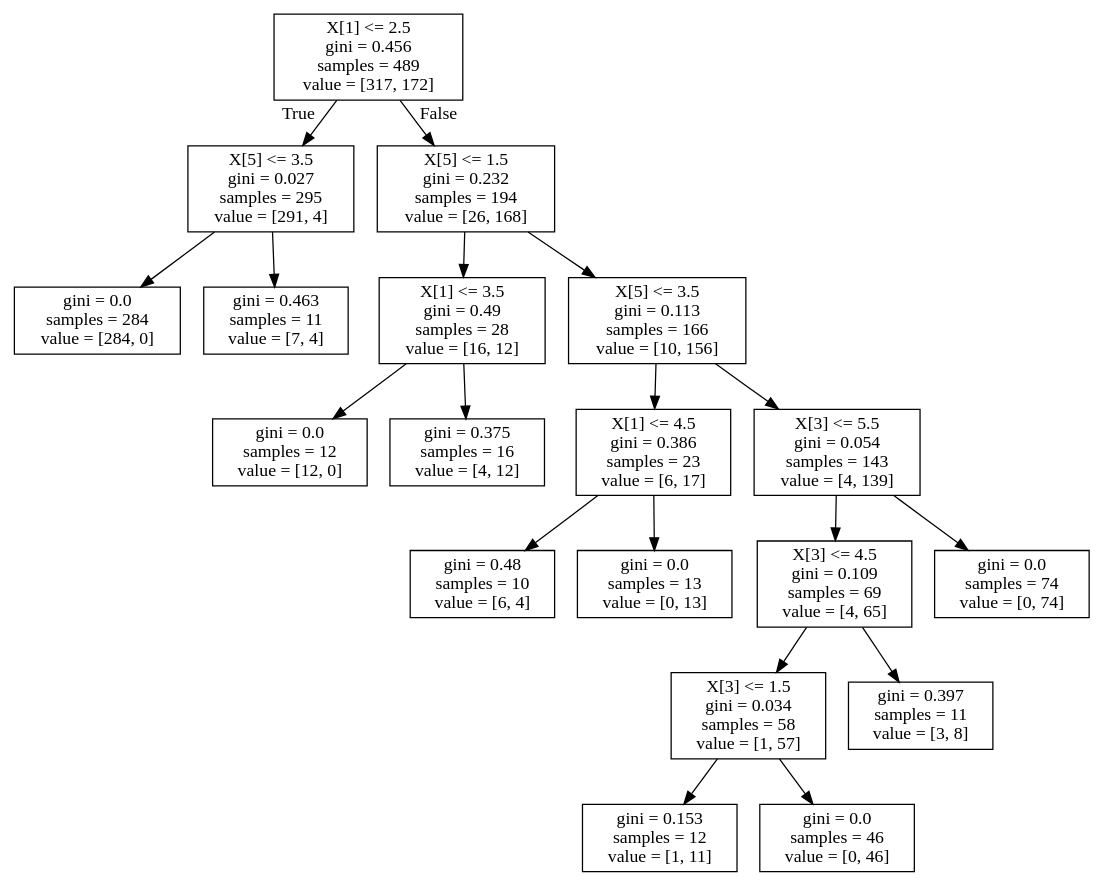
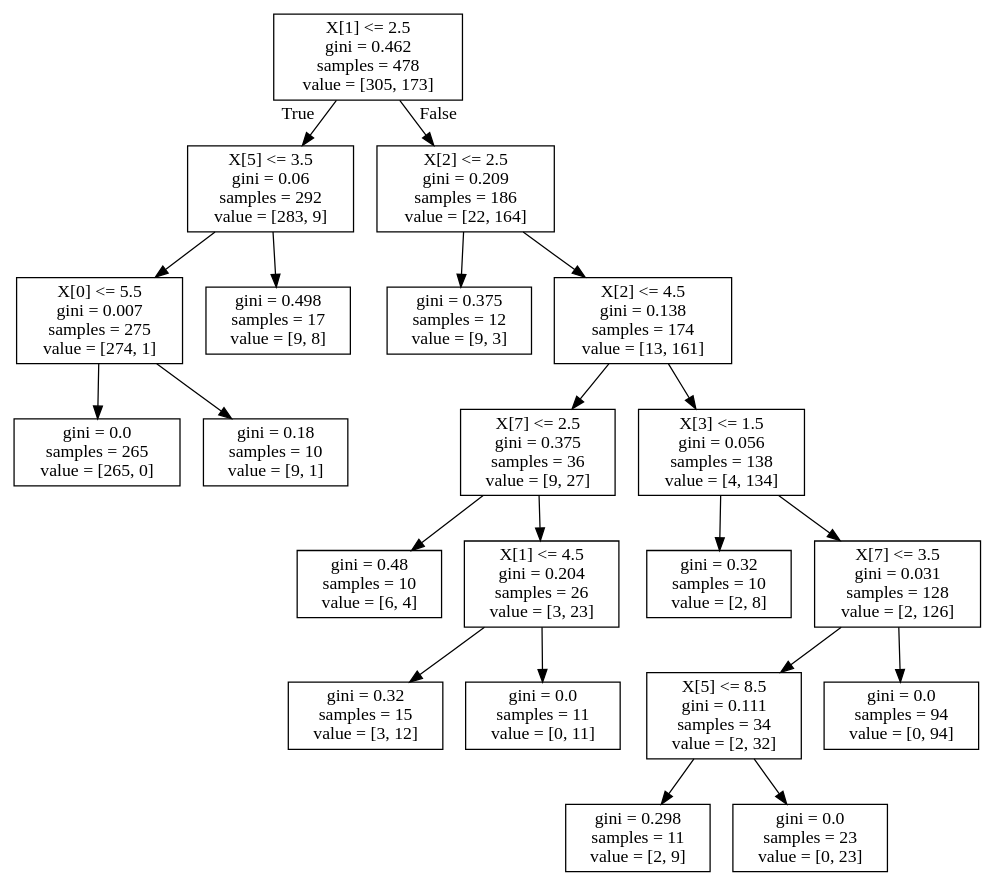
The diagram in src/tree.dot (WVik/data-mining-breast-cancer-prediction), drawn with Graphviz before and after one commit. The commit also changed 8 other files, not shown here.

```diff
--- a/src/tree.dot
+++ b/src/tree.dot
@@ -1,40 +1,44 @@
 digraph Tree {
 node [shape=box] ;
-0 [label="X[1] <= 2.5\ngini = 0.456\nsamples = 489\nvalue = [317, 172]"] ;
-1 [label="X[5] <= 3.5\ngini = 0.027\nsamples = 295\nvalue = [291, 4]"] ;
+0 [label="X[1] <= 2.5\ngini = 0.462\nsamples = 478\nvalue = [305, 173]"] ;
+1 [label="X[5] <= 3.5\ngini = 0.06\nsamples = 292\nvalue = [283, 9]"] ;
 0 -> 1 [labeldistance=2.5, labelangle=45, headlabel="True"] ;
-2 [label="gini = 0.0\nsamples = 284\nvalue = [284, 0]"] ;
+2 [label="X[0] <= 5.5\ngini = 0.007\nsamples = 275\nvalue = [274, 1]"] ;
 1 -> 2 ;
-3 [label="gini = 0.463\nsamples = 11\nvalue = [7, 4]"] ;
-1 -> 3 ;
-4 [label="X[5] <= 1.5\ngini = 0.232\nsamples = 194\nvalue = [26, 168]"] ;
-0 -> 4 [labeldistance=2.5, labelangle=-45, headlabel="False"] ;
-5 [label="X[1] <= 3.5\ngini = 0.49\nsamples = 28\nvalue = [16, 12]"] ;
-4 -> 5 ;
-6 [label="gini = 0.0\nsamples = 12\nvalue = [12, 0]"] ;
-5 -> 6 ;
-7 [label="gini = 0.375\nsamples = 16\nvalue = [4, 12]"] ;
-5 -> 7 ;
-8 [label="X[5] <= 3.5\ngini = 0.113\nsamples = 166\nvalue = [10, 156]"] ;
-4 -> 8 ;
-9 [label="X[1] <= 4.5\ngini = 0.386\nsamples = 23\nvalue = [6, 17]"] ;
+3 [label="gini = 0.0\nsamples = 265\nvalue = [265, 0]"] ;
+2 -> 3 ;
+4 [label="gini = 0.18\nsamples = 10\nvalue = [9, 1]"] ;
+2 -> 4 ;
+5 [label="gini = 0.498\nsamples = 17\nvalue = [9, 8]"] ;
+1 -> 5 ;
+6 [label="X[2] <= 2.5\ngini = 0.209\nsamples = 186\nvalue = [22, 164]"] ;
+0 -> 6 [labeldistance=2.5, labelangle=-45, headlabel="False"] ;
+7 [label="gini = 0.375\nsamples = 12\nvalue = [9, 3]"] ;
+6 -> 7 ;
+8 [label="X[2] <= 4.5\ngini = 0.138\nsamples = 174\nvalue = [13, 161]"] ;
+6 -> 8 ;
+9 [label="X[7] <= 2.5\ngini = 0.375\nsamples = 36\nvalue = [9, 27]"] ;
 8 -> 9 ;
 10 [label="gini = 0.48\nsamples = 10\nvalue = [6, 4]"] ;
 9 -> 10 ;
-11 [label="gini = 0.0\nsamples = 13\nvalue = [0, 13]"] ;
+11 [label="X[1] <= 4.5\ngini = 0.204\nsamples = 26\nvalue = [3, 23]"] ;
 9 -> 11 ;
-12 [label="X[3] <= 5.5\ngini = 0.054\nsamples = 143\nvalue = [4, 139]"] ;
-8 -> 12 ;
-13 [label="X[3] <= 4.5\ngini = 0.109\nsamples = 69\nvalue = [4, 65]"] ;
-12 -> 13 ;
-14 [label="X[3] <= 1.5\ngini = 0.034\nsamples = 58\nvalue = [1, 57]"] ;
-13 -> 14 ;
-15 [label="gini = 0.153\nsamples = 12\nvalue = [1, 11]"] ;
+12 [label="gini = 0.32\nsamples = 15\nvalue = [3, 12]"] ;
+11 -> 12 ;
+13 [label="gini = 0.0\nsamples = 11\nvalue = [0, 11]"] ;
+11 -> 13 ;
+14 [label="X[3] <= 1.5\ngini = 0.056\nsamples = 138\nvalue = [4, 134]"] ;
+8 -> 14 ;
+15 [label="gini = 0.32\nsamples = 10\nvalue = [2, 8]"] ;
 14 -> 15 ;
-16 [label="gini = 0.0\nsamples = 46\nvalue = [0, 46]"] ;
+16 [label="X[7] <= 3.5\ngini = 0.031\nsamples = 128\nvalue = [2, 126]"] ;
 14 -> 16 ;
-17 [label="gini = 0.397\nsamples = 11\nvalue = [3, 8]"] ;
-13 -> 17 ;
-18 [label="gini = 0.0\nsamples = 74\nvalue = [0, 74]"] ;
-12 -> 18 ;
+17 [label="X[5] <= 8.5\ngini = 0.111\nsamples = 34\nvalue = [2, 32]"] ;
+16 -> 17 ;
+18 [label="gini = 0.298\nsamples = 11\nvalue = [2, 9]"] ;
+17 -> 18 ;
+19 [label="gini = 0.0\nsamples = 23\nvalue = [0, 23]"] ;
+17 -> 19 ;
+20 [label="gini = 0.0\nsamples = 94\nvalue = [0, 94]"] ;
+16 -> 20 ;
 }
```
